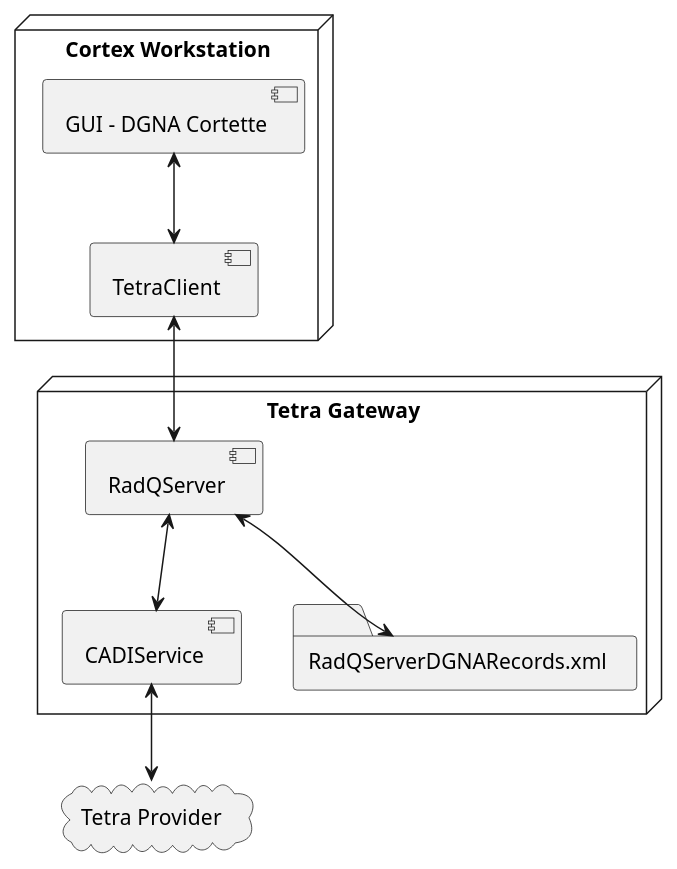
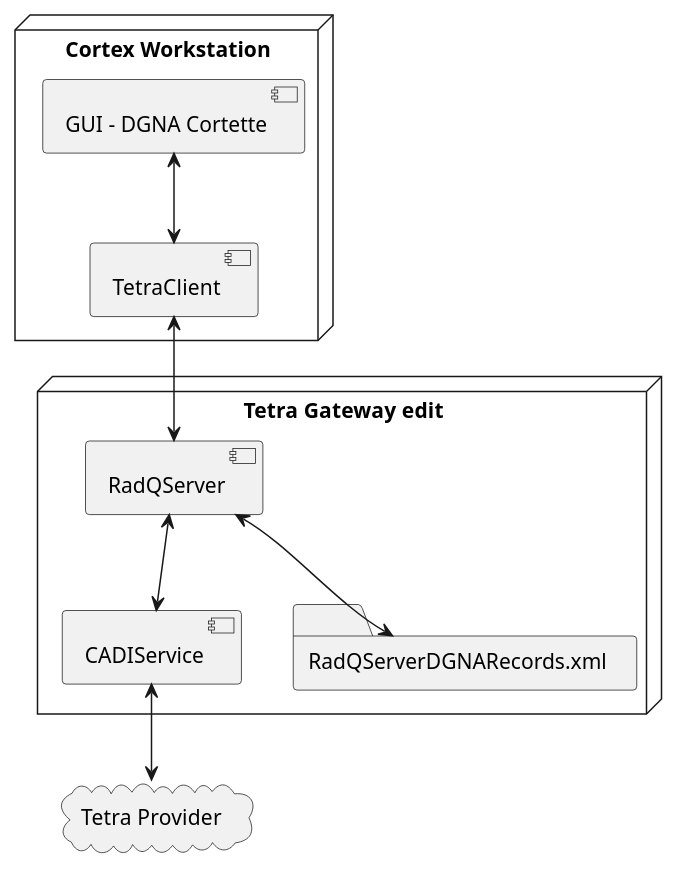
Before and after one commit to ianm1968/stuff: the diagram in dgna.puml, drawn with PlantUML.

```diff
--- a/dgna.puml
+++ b/dgna.puml
@@ -1,18 +1,18 @@
 @startuml
 node "Cortex Workstation" {
     [GUI - DGNA Cortette] <--> [TetraClient]
 } 
 
-node "Tetra Gateway" {
+node "Tetra Gateway edit" {
     [RadQServer] <--> [CADIService]
 folder "RadQServerDGNARecords.xml"
     [RadQServer] <--> [RadQServerDGNARecords.xml]
 } 
 
 cloud "Tetra Provider"
 
 
 
 [TetraClient] <--> [RadQServer]
 [CADIService] <--> [Tetra Provider]
 @enduml
```
